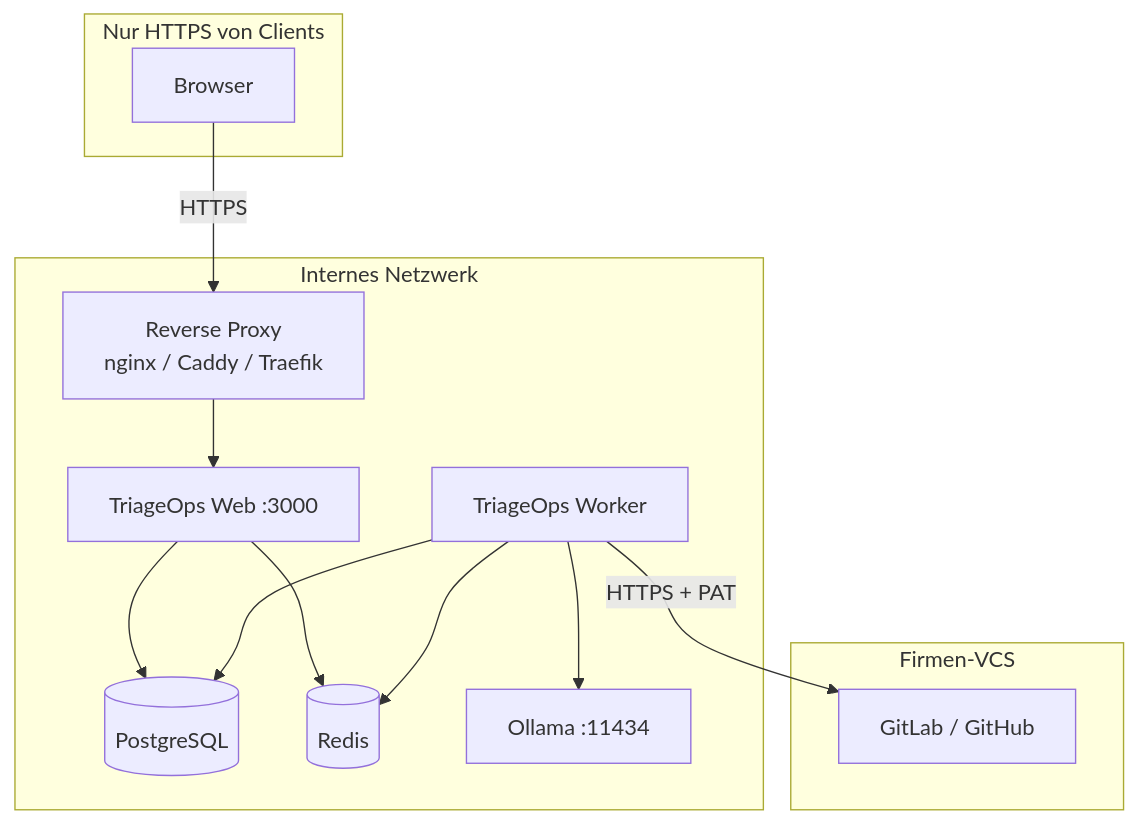
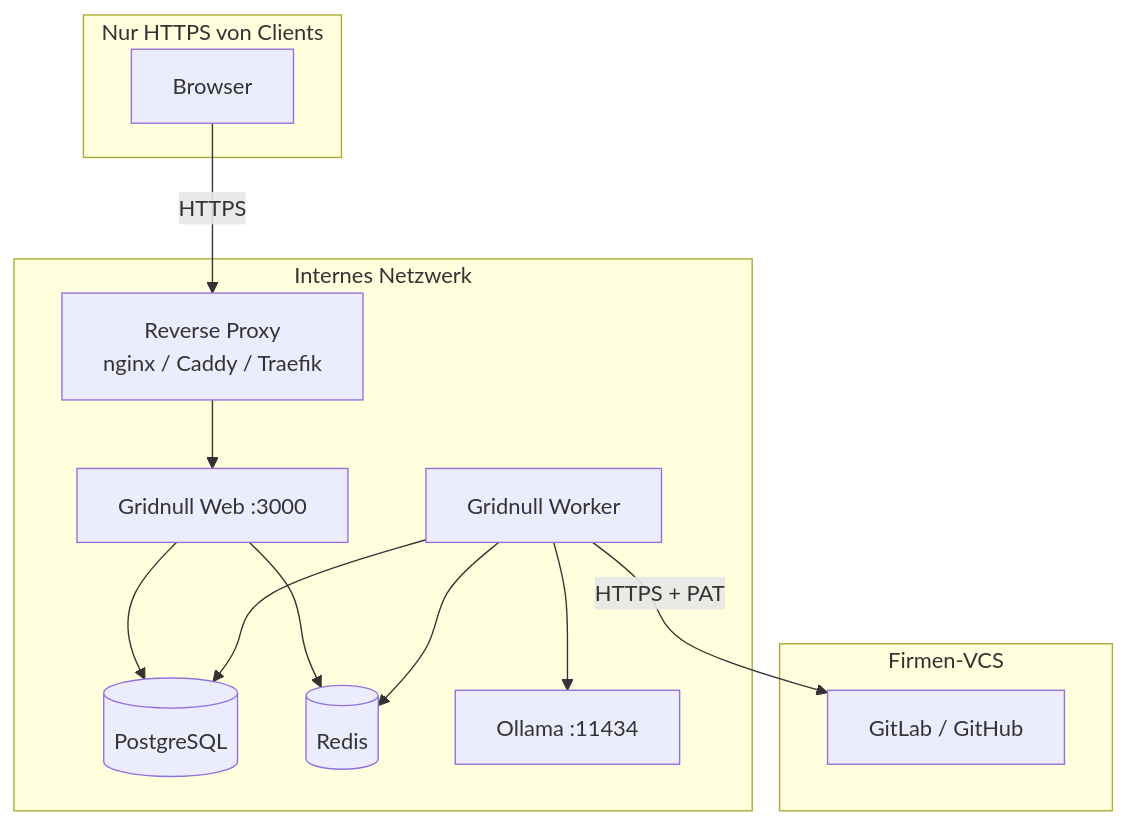
Before and after one commit to ktauchert/triage-ops: the diagram in docs/intranet-rollout.md, drawn with Mermaid. The commit also changed other lines of this file and 162 other files, not shown here.

````diff
--- a/docs/intranet-rollout.md
+++ b/docs/intranet-rollout.md
@@ -35,28 +35,28 @@
 ```mermaid
 flowchart TB
   subgraph InternetOrDMZ["Nur HTTPS von Clients"]
     Users[Browser]
   end
 
   subgraph Intranet["Internes Netzwerk"]
   Proxy[Reverse Proxy\nnginx / Caddy / Traefik]
-  Web[TriageOps Web :3000]
-  Worker[TriageOps Worker]
+  Web[Gridnull Web :3000]
+  Worker[Gridnull Worker]
   PG[(PostgreSQL)]
   Redis[(Redis)]
   Ollama[Ollama :11434]
   end
 
   subgraph VCS["Firmen-VCS"]
   GitLab[GitLab / GitHub]
   end
 
   Users -->|HTTPS| Proxy
   Proxy --> Web
   Web --> PG
   Web --> Redis
   Worker --> PG
   Worker --> Redis
   Worker --> Ollama
   Worker -->|HTTPS + PAT| GitLab
 ```
````
